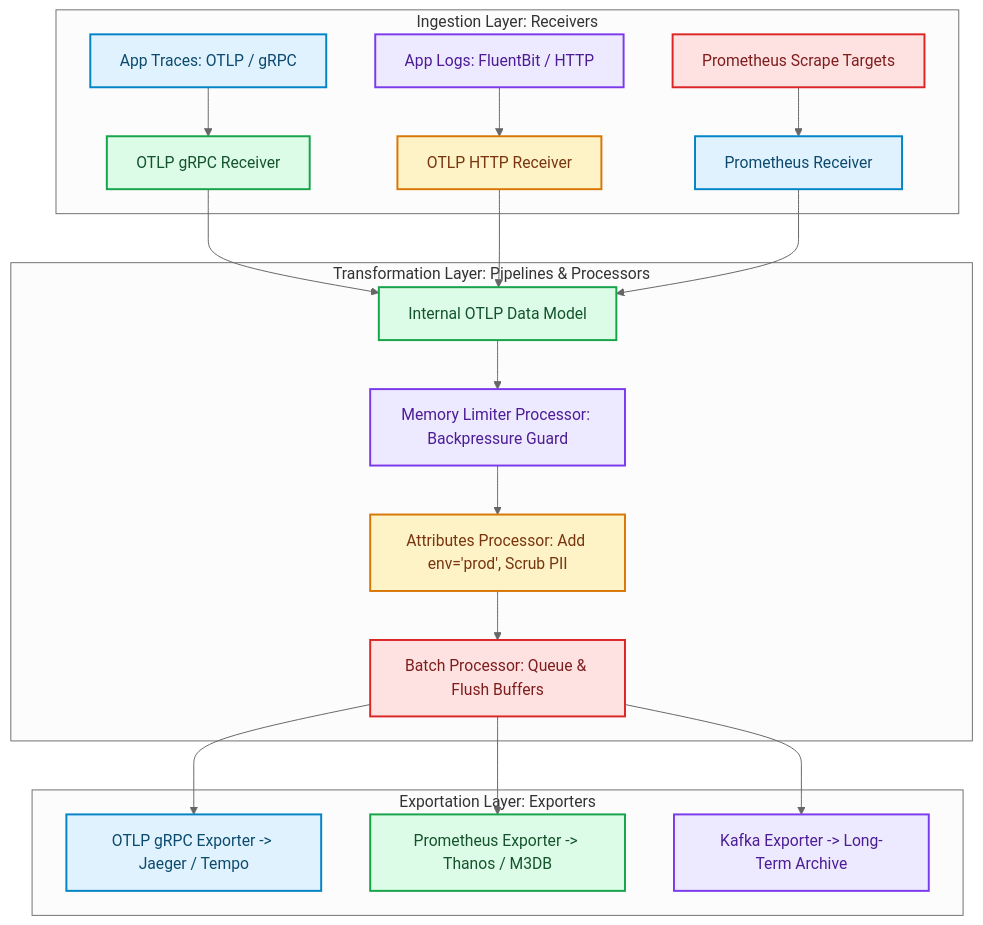
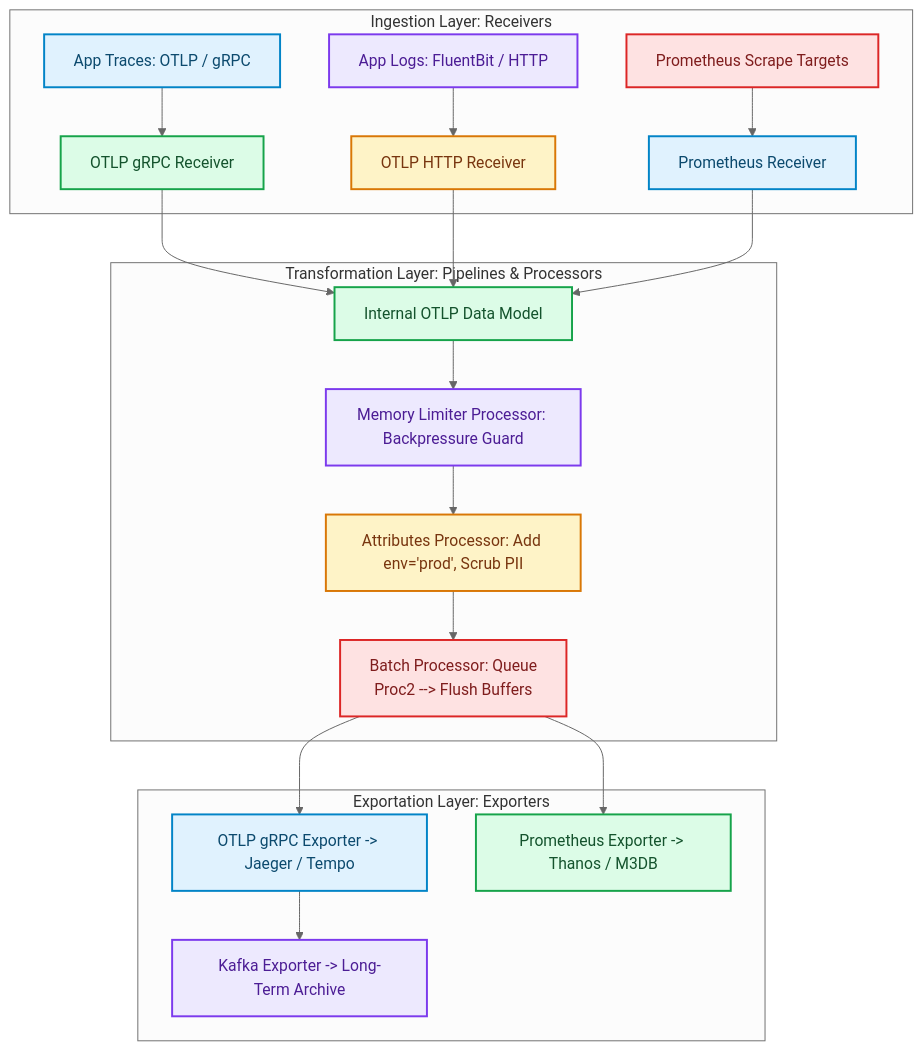
The diagram in blog/posts/opentelemetry-collector-architecture-receiver-processor-exporter.md (akmalkhaniub/akmalkhaniub.github.io), drawn with Mermaid (neutral theme) before and after one commit. The commit also changed other lines of this file and 894 other files, not shown here.

Commit message:
feat(blog): upgrade all 444 posts with unique staggered dates, 2-col Mermaid spines, benchmark tables, code blocks, and trade-offs

````diff
--- a/blog/posts/opentelemetry-collector-architecture-receiver-processor-exporter.md
+++ b/blog/posts/opentelemetry-collector-architecture-receiver-processor-exporter.md
@@ -19,33 +19,36 @@
 ```mermaid
 flowchart TD
   subgraph SG1_IngestionLayerReceivers ["Ingestion Layer: Receivers"]
     AppTraces["App Traces: OTLP / gRPC"] --> Receiver1["OTLP gRPC Receiver"]
     AppLogs["App Logs: FluentBit / HTTP"] --> Receiver2["OTLP HTTP Receiver"]
     PromMetrics["Prometheus Scrape Targets"] --> Receiver3["Prometheus Receiver"]
   end
   
   subgraph SG2_TransformationLayerPipelines ["Transformation Layer: Pipelines & Processors"]
-    Receiver1 & Receiver2 & Receiver3 --> InternalOTLP["Internal OTLP Data Model"]
+    Receiver1 --> InternalOTLP["Internal OTLP Data Model"]
+    Receiver2 --> InternalOTLP
+    Receiver3 --> InternalOTLP
     
     InternalOTLP --> Proc1["Memory Limiter Processor: Backpressure Guard"]
     Proc1 --> Proc2["Attributes Processor: Add env='prod', Scrub PII"]
-    Proc2 --> Proc3["Batch Processor: Queue & Flush Buffers"]
+    Proc2 --> Proc3["Batch Processor: Queue
+    Proc2 --> Flush Buffers"]
   end
   
   subgraph SG3_ExportationLayerExporters ["Exportation Layer: Exporters"]
     Proc3 --> Exp1["OTLP gRPC Exporter -> Jaeger / Tempo"]
     Proc3 --> Exp2["Prometheus Exporter -> Thanos / M3DB"]
-    Proc3 --> Exp3["Kafka Exporter -> Long-Term Archive"]
+    Exp1 --> Exp3["Kafka Exporter -> Long-Term Archive"]
   end
 
 classDef green fill:#dcfce7,stroke:#16a34a,stroke-width:2px,color:#14532d;
 classDef red fill:#fee2e2,stroke:#dc2626,stroke-width:2px,color:#7f1d1d;
 classDef blue fill:#e0f2fe,stroke:#0284c7,stroke-width:2px,color:#0c4a6e;
 classDef yellow fill:#fef3c7,stroke:#d97706,stroke-width:2px,color:#78350f;
 classDef purple fill:#ede9fe,stroke:#7c3aed,stroke-width:2px,color:#4c1d95;
 class AppTraces,Receiver3,Exp1 blue
 class Receiver1,InternalOTLP,Exp2 green
 class AppLogs,Proc1,Exp3 purple
 class Receiver2,Proc2 yellow
 class PromMetrics,Proc3 red
 ```
````
